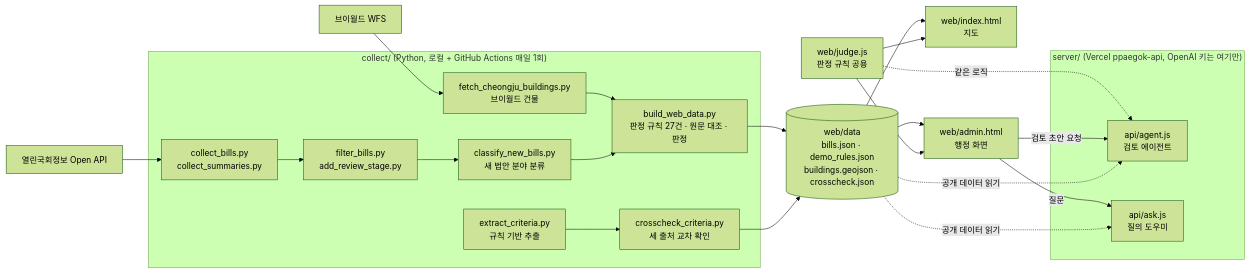
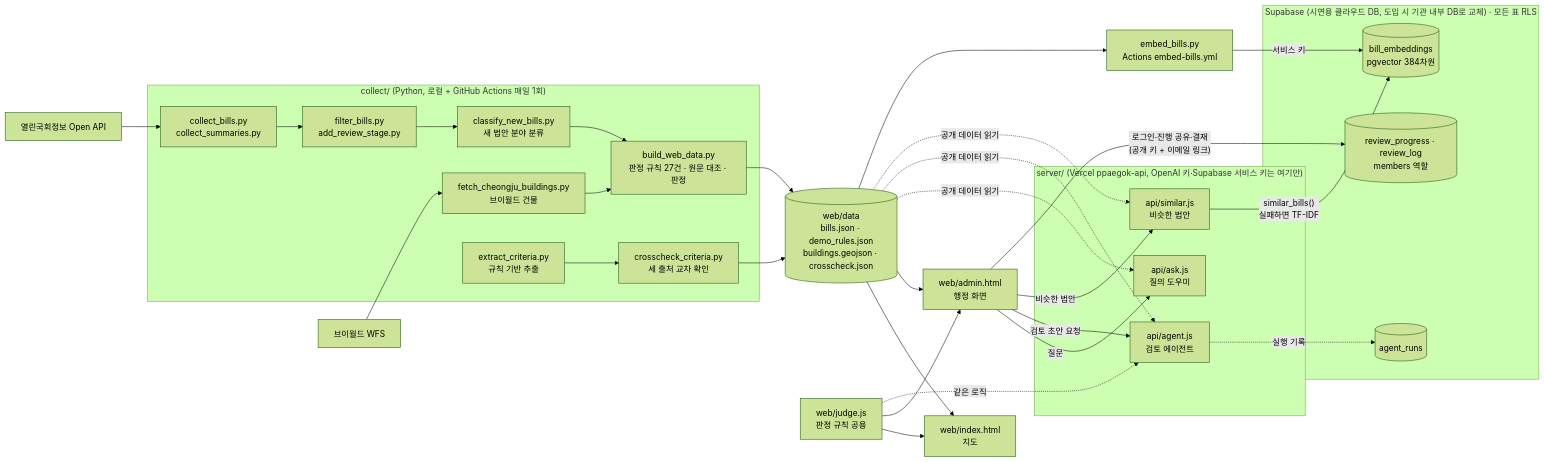
The diagram in README.md (cbnu-lawmap/law-impact-map), drawn with Mermaid (forest theme) before and after one commit. The commit also changed other lines of this file and 1 other file, not shown here.

Commit message:
docs: Supabase 설정·구성원 등록·키 위치 안내(docs/supabase.md), README 구성도에 Supabase 와 보안 정리 추가

````diff
--- a/README.md
+++ b/README.md
@@ -85,25 +85,37 @@
 ```mermaid
 flowchart LR
   subgraph collect["collect/ (Python, 로컬 + GitHub Actions 매일 1회)"]
     A1[collect_bills.py<br/>collect_summaries.py] --> A2[filter_bills.py<br/>add_review_stage.py]
     A2 --> A3[classify_new_bills.py<br/>새 법안 분야 분류]
     A4[fetch_cheongju_buildings.py<br/>브이월드 건물] --> B
     A3 --> B[build_web_data.py<br/>판정 규칙 27건 · 원문 대조 · 판정]
     C1[extract_criteria.py<br/>규칙 기반 추출] --> C2[crosscheck_criteria.py<br/>세 출처 교차 확인]
   end
   API[열린국회정보 Open API] --> A1
   VW[브이월드 WFS] --> A4
   B --> D[(web/data<br/>bills.json · demo_rules.json<br/>buildings.geojson · crosscheck.json)]
   C2 --> D
   D --> W1[web/index.html<br/>지도]
   D --> W2[web/admin.html<br/>행정 화면]
   J[web/judge.js<br/>판정 규칙 공용] --> W1 & W2
   J -. 같은 로직 .-> S2
-  subgraph server["server/ (Vercel ppaegok-api, OpenAI 키는 여기만)"]
+  subgraph server["server/ (Vercel ppaegok-api, OpenAI 키·Supabase 서비스 키는 여기만)"]
     S1[api/ask.js<br/>질의 도우미]
     S2[api/agent.js<br/>검토 에이전트]
+    S3[api/similar.js<br/>비슷한 법안]
   end
   W2 -- 질문 --> S1
   W2 -- 검토 초안 요청 --> S2
-  D -. 공개 데이터 읽기 .-> S1 & S2
+  W2 -- 비슷한 법안 --> S3
+  D -. 공개 데이터 읽기 .-> S1 & S2 & S3
+  subgraph supa["Supabase (시연용 클라우드 DB, 도입 시 기관 내부 DB로 교체) · 모든 표 RLS"]
+    P1[(review_progress · review_log<br/>members 역할)]
+    P2[(bill_embeddings<br/>pgvector 384차원)]
+    P3[(agent_runs)]
+  end
+  W2 -- "로그인·진행 공유·결재<br/>(공개 키 + 이메일 링크)" --> P1
+  E1[embed_bills.py<br/>Actions embed-bills.yml] -- 서비스 키 --> P2
+  D --> E1
+  S3 -- "similar_bills()<br/>실패하면 TF-IDF" --> P2
+  S2 -. 실행 기록 .-> P3
 ```
````
